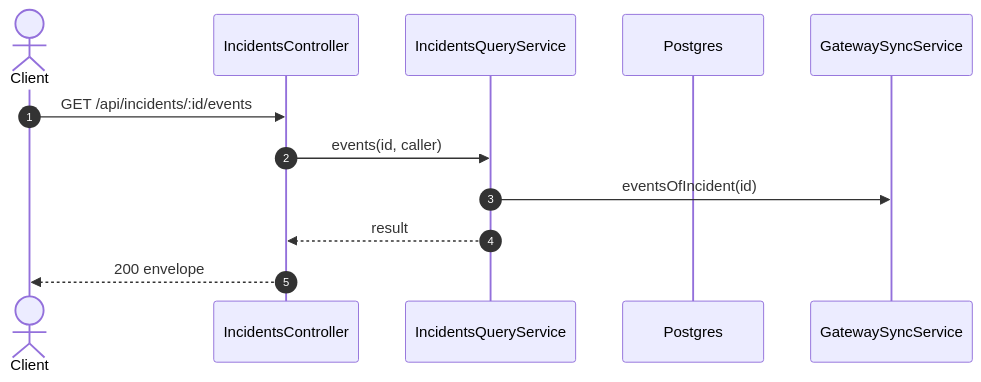
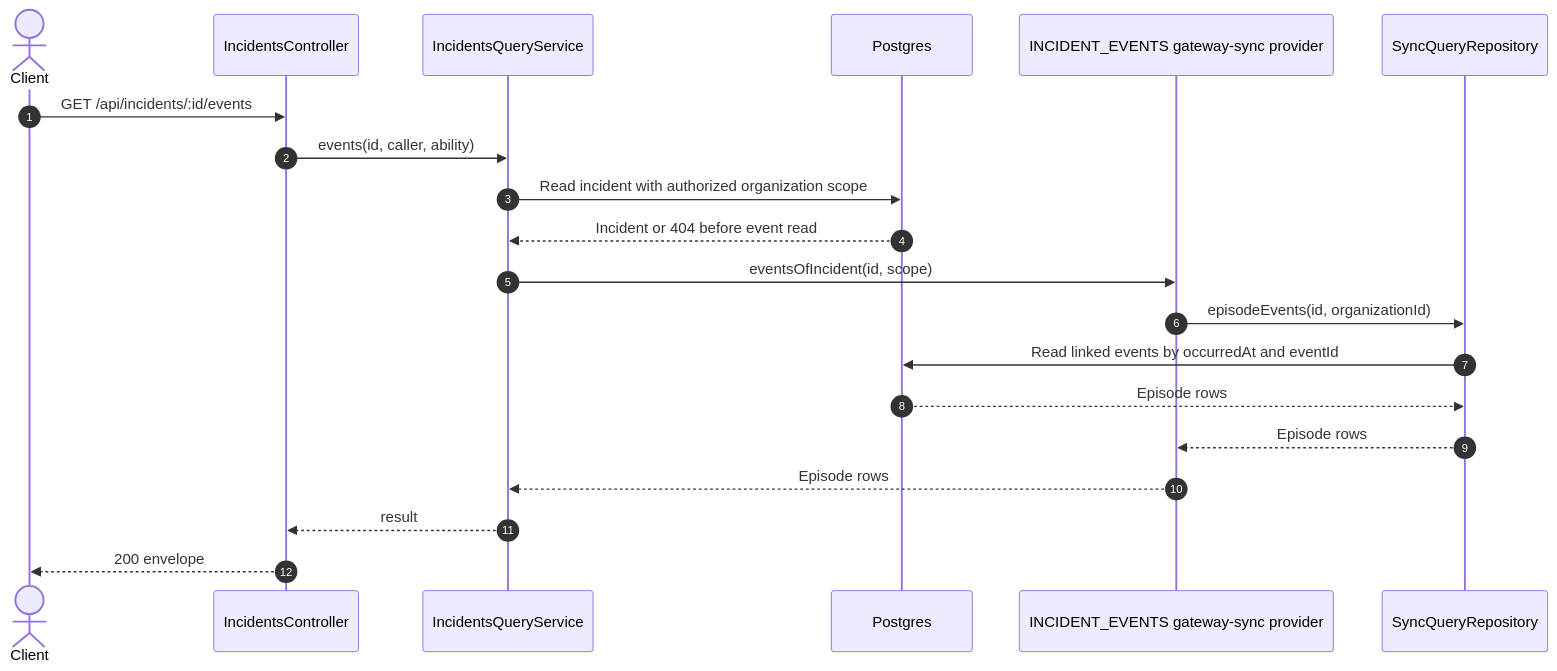
The second of 2 diagrams in specs/incidents/api-design/13-get-incidents-id-events.md (TrekLink-Team/treklink-web), drawn with Mermaid before and after one commit. The commit also changed other lines of this file and 23 other files, not shown here.

First line of the commit message:
feat: expose incident episode events through a port

````diff
--- a/specs/incidents/api-design/13-get-incidents-id-events.md
+++ b/specs/incidents/api-design/13-get-incidents-id-events.md
@@ -131,14 +131,22 @@
 ```mermaid
 sequenceDiagram
     autonumber
     actor C as Client
     participant Ctl as IncidentsController
     participant Svc as IncidentsQueryService
     participant DB as Postgres
-    participant Gw as GatewaySyncService
+    participant Gw as INCIDENT_EVENTS gateway-sync provider
+    participant R as SyncQueryRepository
     C->>Ctl: GET /api/incidents/:id/events
-    Ctl->>Svc: events(id, caller)
-    Svc->>Gw: eventsOfIncident(id)
+    Ctl->>Svc: events(id, caller, ability)
+    Svc->>DB: Read incident with authorized organization scope
+    DB-->>Svc: Incident or 404 before event read
+    Svc->>Gw: eventsOfIncident(id, scope)
+    Gw->>R: episodeEvents(id, organizationId)
+    R->>DB: Read linked events by occurredAt and eventId
+    DB-->>R: Episode rows
+    R-->>Gw: Episode rows
+    Gw-->>Svc: Episode rows
     Svc-->>Ctl: result
     Ctl-->>C: 200 envelope
 ```
````
